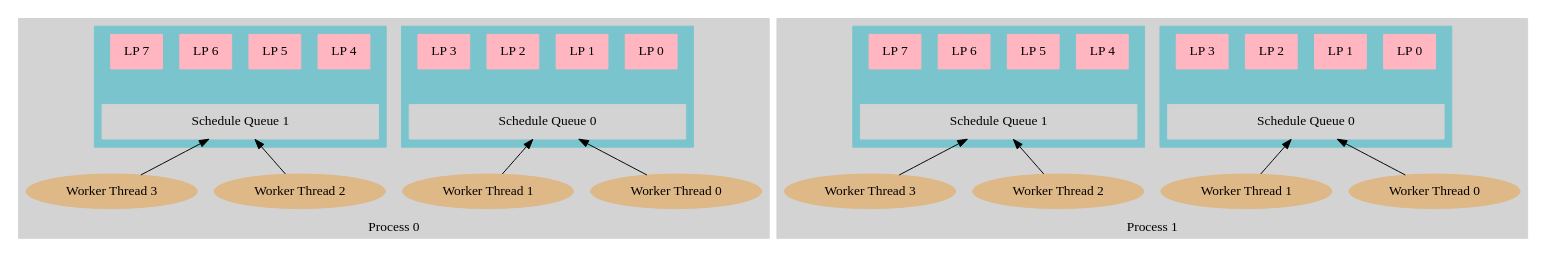
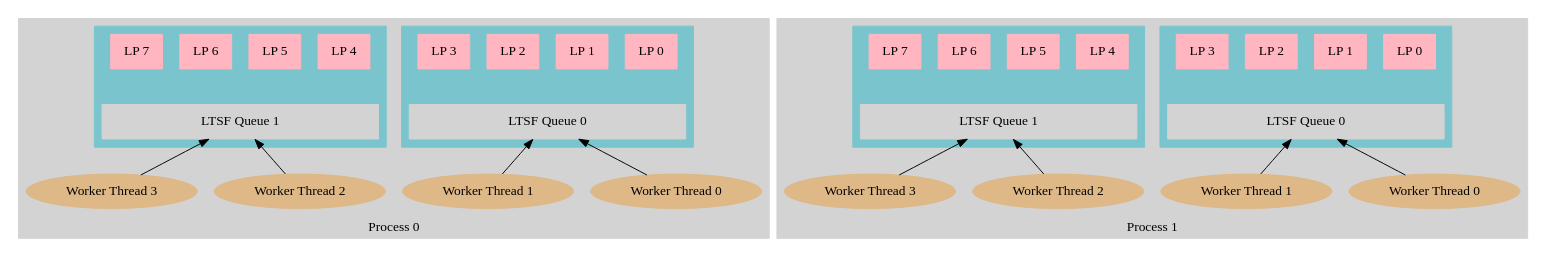
One commit to weberd6/thesis changed the diagram in figs/graphviz/partitioning.dot. Above: the diagram before and after it, drawn with Graphviz. The commit also changed 2 other files, not shown here.

```diff
--- a/figs/graphviz/partitioning.dot
+++ b/figs/graphviz/partitioning.dot
@@ -1,97 +1,97 @@
 digraph partitioning {
     node [shape = record];
     rankdir = BT;
 
     subgraph cluster_p0 {
         subgraph cluster_sq1 {
             lp7 [label = "LP 7", style = filled, color = lightpink];
             lp6 [label = "LP 6", style = filled, color = lightpink];
             lp5 [label = "LP 5", style = filled, color = lightpink];
             lp4 [label = "LP 4", style = filled, color = lightpink];
 
-            sq1 [label = "Schedule Queue 1", width = 4, style = filled, color = lightgrey];
+            sq1 [label = "LTSF Queue 1", width = 4, style = filled, color = lightgrey];
 
             "sq1" -> "lp4" [style = "invis"];
             "sq1" -> "lp5" [style = "invis"];
             "sq1" -> "lp6" [style = "invis"];
             "sq1" -> "lp7" [style = "invis"];
             style = filled;
             color = cadetblue3;
         }
         subgraph cluster_sq0 {
             lp3 [label = "LP 3", style = filled, color = lightpink];
             lp2 [label = "LP 2", style = filled, color = lightpink];
             lp1 [label = "LP 1", style = filled, color = lightpink];
             lp0 [label = "LP 0", style = filled, color = lightpink];
 
-            sq0 [label = "Schedule Queue 0", width = 4, style = filled, color = lightgrey];
+            sq0 [label = "LTSF Queue 0", width = 4, style = filled, color = lightgrey];
 
             "sq0" -> "lp0" [style = "invis"];
             "sq0" -> "lp1" [style = "invis"];
             "sq0" -> "lp2" [style = "invis"];
             "sq0" -> "lp3" [style = "invis"];
             style = filled;
             color = cadetblue3;
         }
 
         w0 [label = "Worker Thread 0", shape = oval, style = filled, color = burlywood];
         w1 [label = "Worker Thread 1", shape = oval, style = filled, color = burlywood];
         w2 [label = "Worker Thread 2", shape = oval, style = filled, color = burlywood];
         w3 [label = "Worker Thread 3", shape = oval, style = filled, color = burlywood];
         "w0" -> "sq0";
         "w1" -> "sq0";
         "w2" -> "sq1";
         "w3" -> "sq1";
 
         label = "Process 0";
         style = filled;
         color = lightgrey;
     }
 
     subgraph cluster_p1 {
         subgraph cluster_sq3 {
             lp15 [label = "LP 7", style = filled, color = lightpink];
             lp14 [label = "LP 6", style = filled, color = lightpink];
             lp13 [label = "LP 5", style = filled, color = lightpink];
             lp12 [label = "LP 4", style = filled, color = lightpink];
 
-            sq3 [label = "Schedule Queue 1", width = 4, style = filled, color = lightgrey];
+            sq3 [label = "LTSF Queue 1", width = 4, style = filled, color = lightgrey];
 
             "sq3" -> "lp12" [style = "invis"];
             "sq3" -> "lp13" [style = "invis"];
             "sq3" -> "lp14" [style = "invis"];
             "sq3" -> "lp15" [style = "invis"];
             style = filled;
             color = cadetblue3;
         }
         subgraph cluster_sq2 {
             lp11 [label = "LP 3", style = filled, color = lightpink];
             lp10 [label = "LP 2", style = filled, color = lightpink];
             lp9 [label = "LP 1", style = filled, color = lightpink];
             lp8 [label = "LP 0", style = filled, color = lightpink];
 
-            sq2 [label = "Schedule Queue 0", width = 4, style = filled, color = lightgrey];
+            sq2 [label = "LTSF Queue 0", width = 4, style = filled, color = lightgrey];
 
             "sq2" -> "lp8" [style = "invis"];
             "sq2" -> "lp9" [style = "invis"];
             "sq2" -> "lp10" [style = "invis"];
             "sq2" -> "lp11" [style = "invis"];
             style = filled;
             color = cadetblue3;
         }
 
         w4 [label = "Worker Thread 0", shape = oval, style = filled, color = burlywood];
         w5 [label = "Worker Thread 1", shape = oval, style = filled, color = burlywood];
         w6 [label = "Worker Thread 2", shape = oval, style = filled, color = burlywood];
         w7 [label = "Worker Thread 3", shape = oval, style = filled, color = burlywood];
         "w4" -> "sq2";
         "w5" -> "sq2";
         "w6" -> "sq3";
         "w7" -> "sq3";
 
         label = "Process 1";
         style = filled;
         color = lightgrey;
     }
 
 }
```
